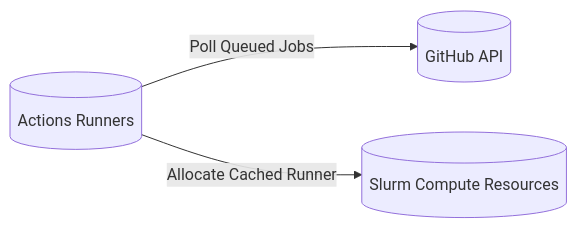
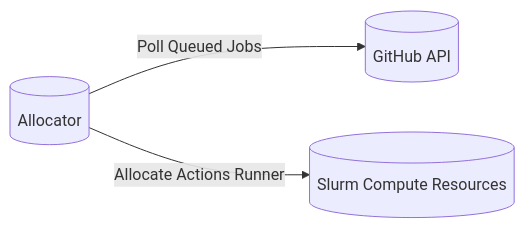
Before and after one commit to WATonomous/slurm-gha: the first of 2 diagrams in README.md, drawn with Mermaid. The commit also changed other lines of this file, not shown here.

````diff
--- a/README.md
+++ b/README.md
@@ -12,9 +11,9 @@
 ```mermaid
 flowchart LR
     GitHubAPI[("GitHub API")]
-    ActionsRunners[("Actions Runners")]
+    ActionsRunners[("Allocator")]
     Slurm[("Slurm Compute Resources")]
 
     ActionsRunners --> | Poll Queued Jobs | GitHubAPI 
-    ActionsRunners -->| Allocate Cached Runner| Slurm 
+    ActionsRunners -->| Allocate Actions Runner| Slurm 
 ```
````
